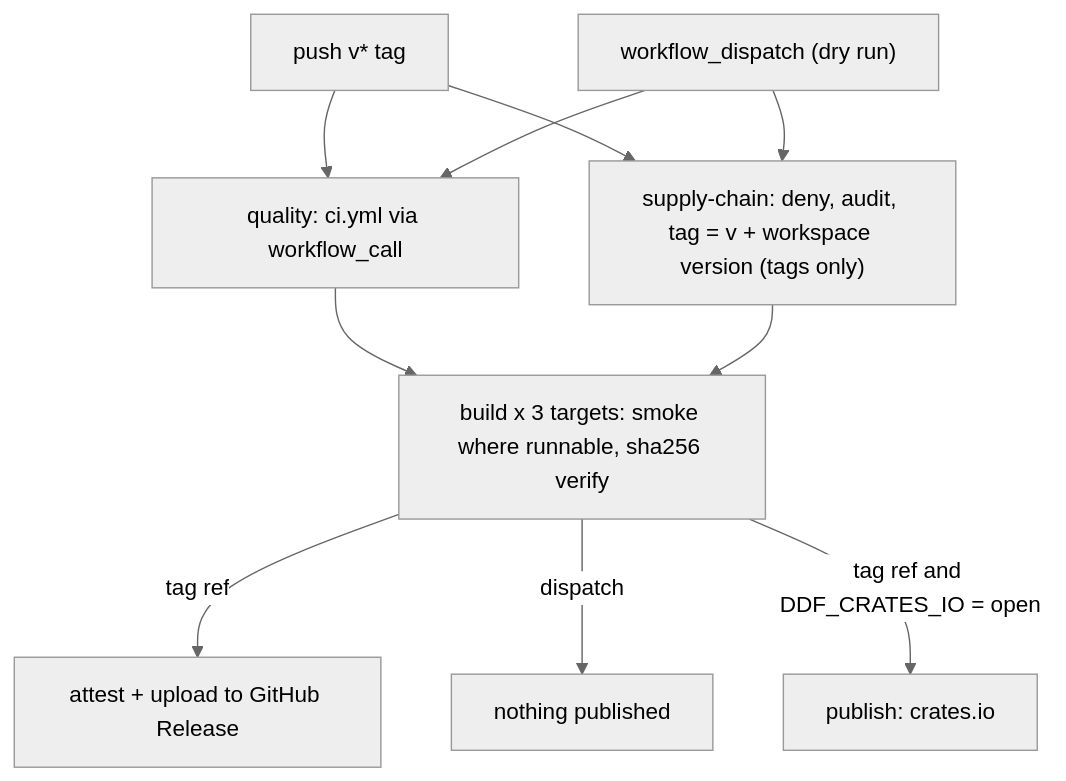
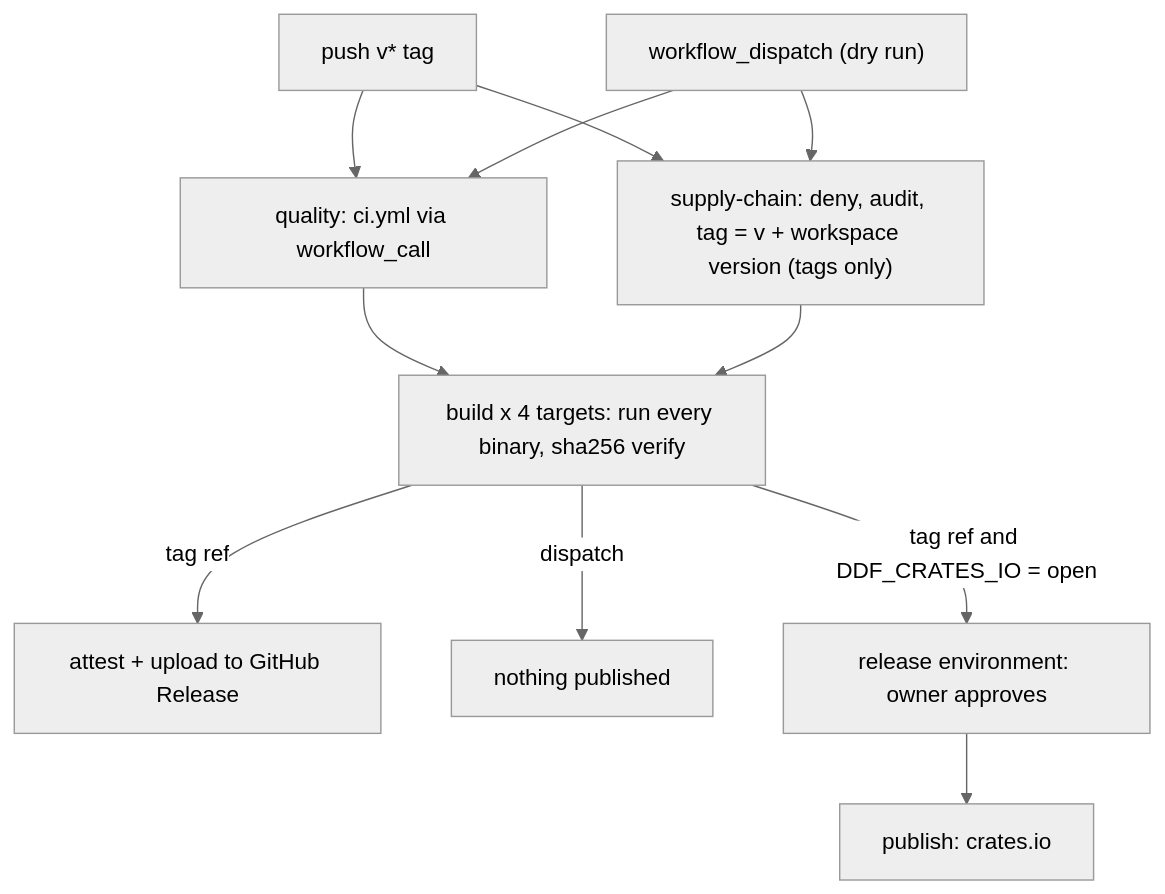
The diagram in docs/RELEASE_AND_PUBLICATION.md (Louranicas/deep-diff-forge), drawn with Mermaid (neutral theme) before and after one commit. The commit also changed other lines of this file and 37 other files, not shown here.

````diff
--- a/docs/RELEASE_AND_PUBLICATION.md
+++ b/docs/RELEASE_AND_PUBLICATION.md
@@ -160,15 +165,16 @@
 ```mermaid
 flowchart TD
     Tag["push v* tag"] --> Q
     Dispatch["workflow_dispatch (dry run)"] --> Q
     Tag --> SC
     Dispatch --> SC
     Q["quality: ci.yml via workflow_call"]
     SC["supply-chain: deny, audit, tag = v + workspace version (tags only)"]
     Q --> B
     SC --> B
-    B["build x 3 targets: smoke where runnable, sha256 verify"]
+    B["build x 4 targets: run every binary, sha256 verify"]
     B -->|tag ref| Att["attest + upload to GitHub Release"]
     B -->|dispatch| Stop["nothing published"]
-    B -->|"tag ref and DDF_CRATES_IO = open"| Pub["publish: crates.io"]
+    B -->|"tag ref and DDF_CRATES_IO = open"| Appr["release environment: owner approves"]
+    Appr --> Pub["publish: crates.io"]
 ```
````
